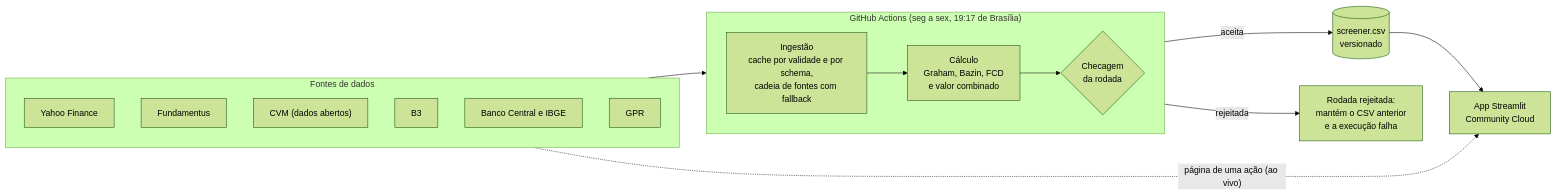
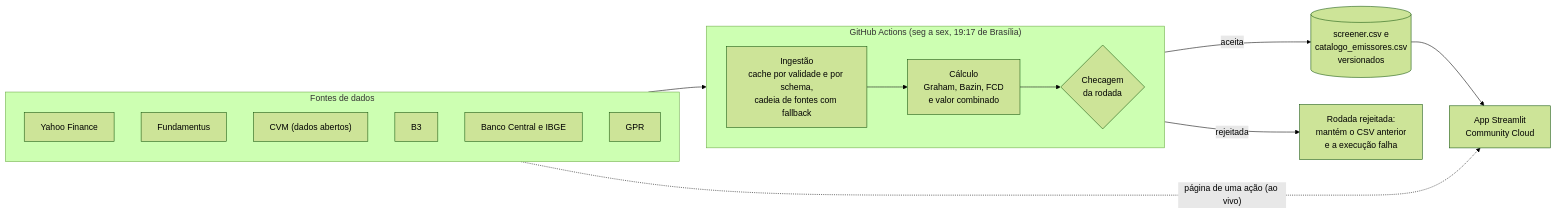
One commit to gustavocduarte/avaliador-acoes-b3 changed the diagram in README.md. Above: the diagram before and after it, drawn with Mermaid (forest theme). The commit also changed other lines of this file, not shown here.

````diff
--- a/README.md
+++ b/README.md
@@ -16,30 +16,30 @@
 ```mermaid
 flowchart LR
     subgraph fontes["Fontes de dados"]
         direction TB
         YF["Yahoo Finance"]
         FU["Fundamentus"]
         CV["CVM (dados abertos)"]
         B3["B3"]
         BC["Banco Central e IBGE"]
         GP["GPR"]
     end
 
     subgraph gha["GitHub Actions (seg a sex, 19:17 de Brasília)"]
         direction LR
         ING["Ingestão<br/>cache por validade e por schema,<br/>cadeia de fontes com fallback"]
         CALC["Cálculo<br/>Graham, Bazin, FCD<br/>e valor combinado"]
         CHK{"Checagem<br/>da rodada"}
         ING --> CALC --> CHK
     end
 
-    CSV[("screener.csv<br/>versionado")]
+    CSV[("screener.csv e<br/>catalogo_emissores.csv<br/>versionados")]
     APP["App Streamlit<br/>Community Cloud"]
     REJ["Rodada rejeitada:<br/>mantém o CSV anterior<br/>e a execução falha"]
 
     fontes --> ING
     CHK -- aceita --> CSV
     CHK -- rejeitada --> REJ
     CSV --> APP
     fontes -. "página de uma ação (ao vivo)" .-> APP
 ```
````
